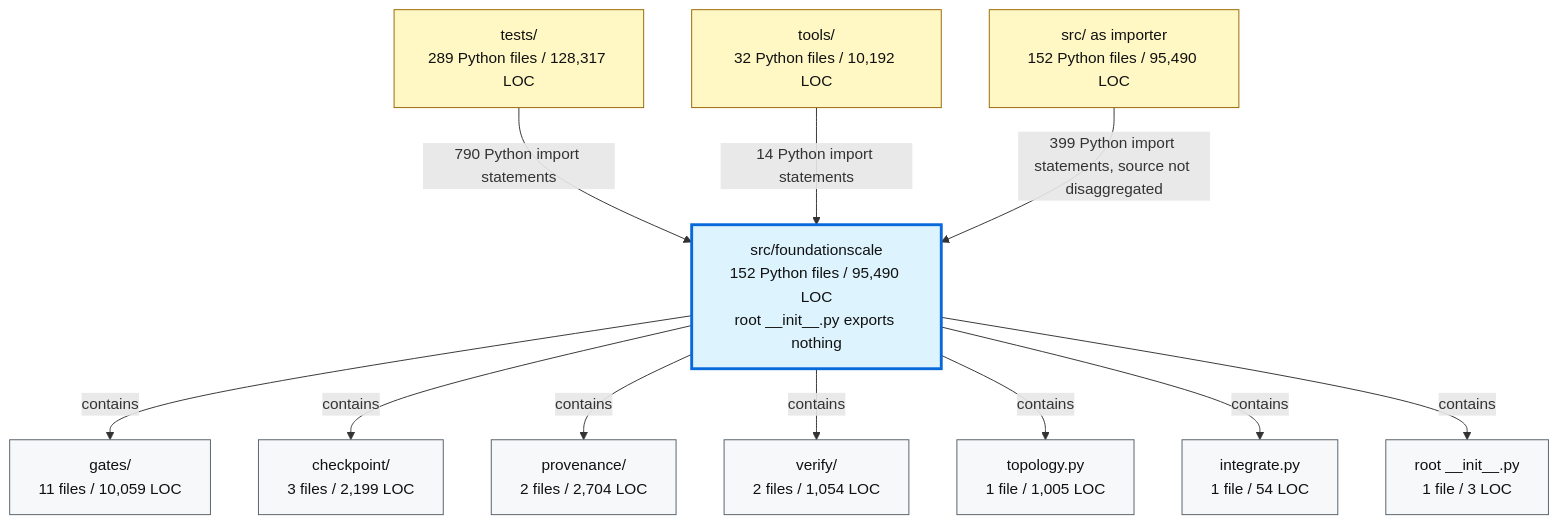
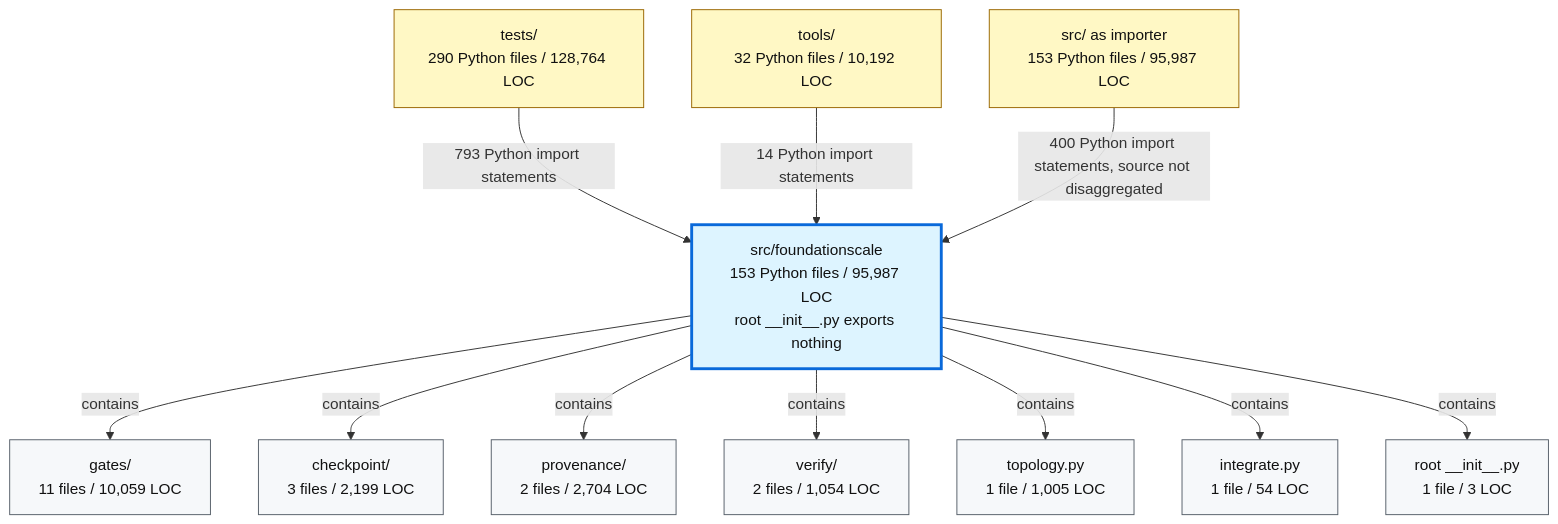
The second of 2 diagrams in docs/review/D2_current_architecture.md (TranNhiem/FoundationScale), drawn with Mermaid before and after one commit. The commit also changed other lines of this file and 14 other files, not shown here.

````diff
--- a/docs/review/D2_current_architecture.md
+++ b/docs/review/D2_current_architecture.md
@@ -97,36 +97,36 @@
 ```mermaid
 flowchart TB
-  TESTS["tests/<br/>289 Python files / 128,317 LOC"]
+  TESTS["tests/<br/>290 Python files / 128,764 LOC"]
   TOOLS["tools/<br/>32 Python files / 10,192 LOC"]
-  SRC["src/ as importer<br/>152 Python files / 95,490 LOC"]
+  SRC["src/ as importer<br/>153 Python files / 95,987 LOC"]
 
-  FS["src/foundationscale<br/>152 Python files / 95,490 LOC<br/>root __init__.py exports nothing"]
+  FS["src/foundationscale<br/>153 Python files / 95,987 LOC<br/>root __init__.py exports nothing"]
 
   GATES["gates/<br/>11 files / 10,059 LOC"]
   CKPT["checkpoint/<br/>3 files / 2,199 LOC"]
   PROV["provenance/<br/>2 files / 2,704 LOC"]
   VERIFY["verify/<br/>2 files / 1,054 LOC"]
   TOPO["topology.py<br/>1 file / 1,005 LOC"]
   INTEG["integrate.py<br/>1 file / 54 LOC"]
   ROOT["root __init__.py<br/>1 file / 3 LOC"]
 
-  TESTS -->|"790 Python import statements"| FS
+  TESTS -->|"793 Python import statements"| FS
   TOOLS -->|"14 Python import statements"| FS
-  SRC -->|"399 Python import statements, source not disaggregated"| FS
+  SRC -->|"400 Python import statements, source not disaggregated"| FS
 
   FS -->|"contains"| GATES
   FS -->|"contains"| CKPT
   FS -->|"contains"| PROV
   FS -->|"contains"| VERIFY
   FS -->|"contains"| TOPO
   FS -->|"contains"| INTEG
   FS -->|"contains"| ROOT
 
   classDef consumer fill:#fff8c5,stroke:#9a6700,color:#111;
   classDef package fill:#ddf4ff,stroke:#0969da,stroke-width:3px,color:#111;
   classDef module fill:#f6f8fa,stroke:#57606a,color:#111;
 
   class TESTS,TOOLS,SRC consumer;
   class FS package;
   class GATES,CKPT,PROV,VERIFY,TOPO,INTEG,ROOT module;
 ```
````
